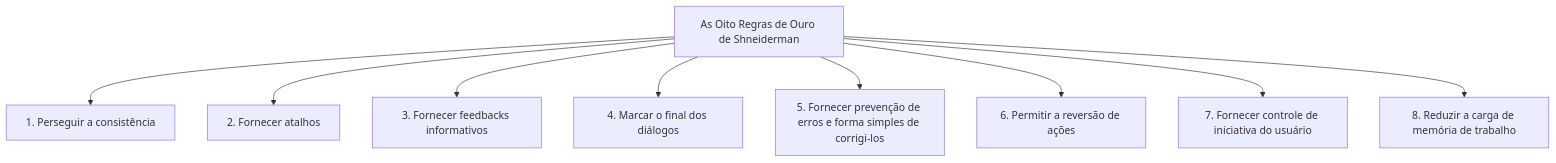
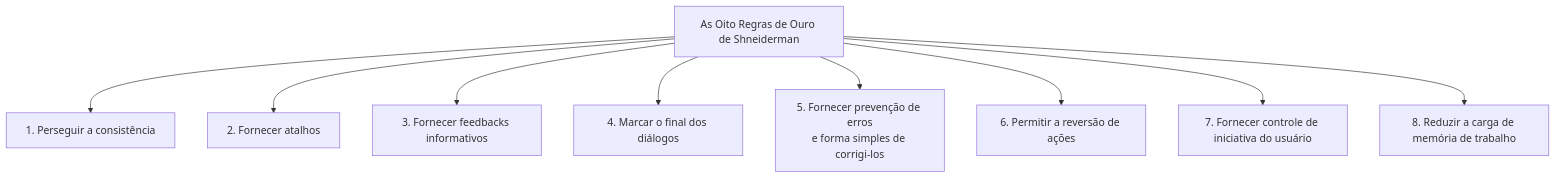
One commit to leorruas/puc changed the second of 2 diagrams in 08. Design de Interacao/18. Princípios e regras de design - psicologia da gestalt e regras de ouro.md. Above: the diagram before and after it, drawn with Mermaid. The commit also changed other lines of this file and 22 other files, not shown here.

Commit message:
style: optimize all Mermaid diagrams to tight vertical flows and enforce bidirectional navigation linking in AGENTS.md

````diff
--- a/08. Design de Interacao/18. Princípios e regras de design - psicologia da gestalt e regras de ouro.md
+++ b/08. Design de Interacao/18. Princípios e regras de design - psicologia da gestalt e regras de ouro.md
@@ -95,11 +95,11 @@
 ```mermaid
 graph TD
     Regras["As Oito Regras de Ouro de Shneiderman"] --> R1["1. Perseguir a consistência"]
     Regras --> R2["2. Fornecer atalhos"]
     Regras --> R3["3. Fornecer feedbacks informativos"]
     Regras --> R4["4. Marcar o final dos diálogos"]
-    Regras --> R5["5. Fornecer prevenção de erros e forma simples de corrigi-los"]
+    Regras --> R5["5. Fornecer prevenção de erros<br>e forma simples de corrigi-los"]
     Regras --> R6["6. Permitir a reversão de ações"]
     Regras --> R7["7. Fornecer controle de iniciativa do usuário"]
     Regras --> R8["8. Reduzir a carga de memória de trabalho"]
 ```
````
